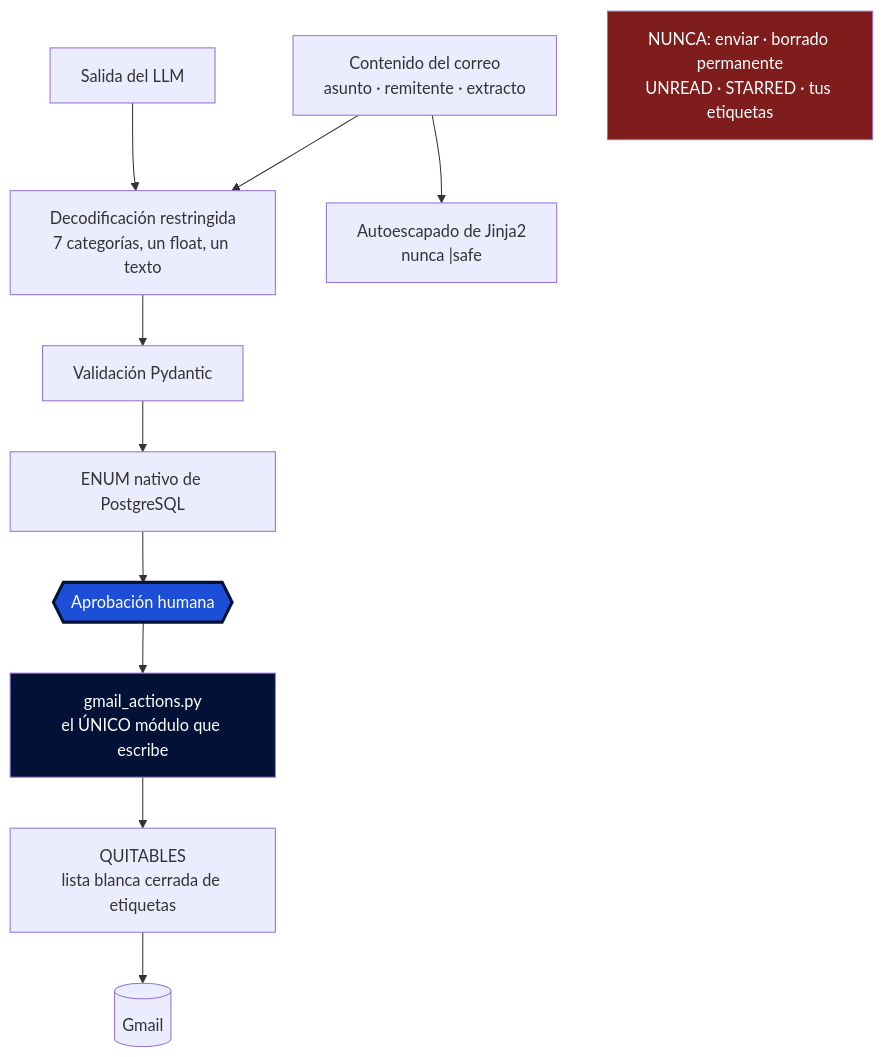
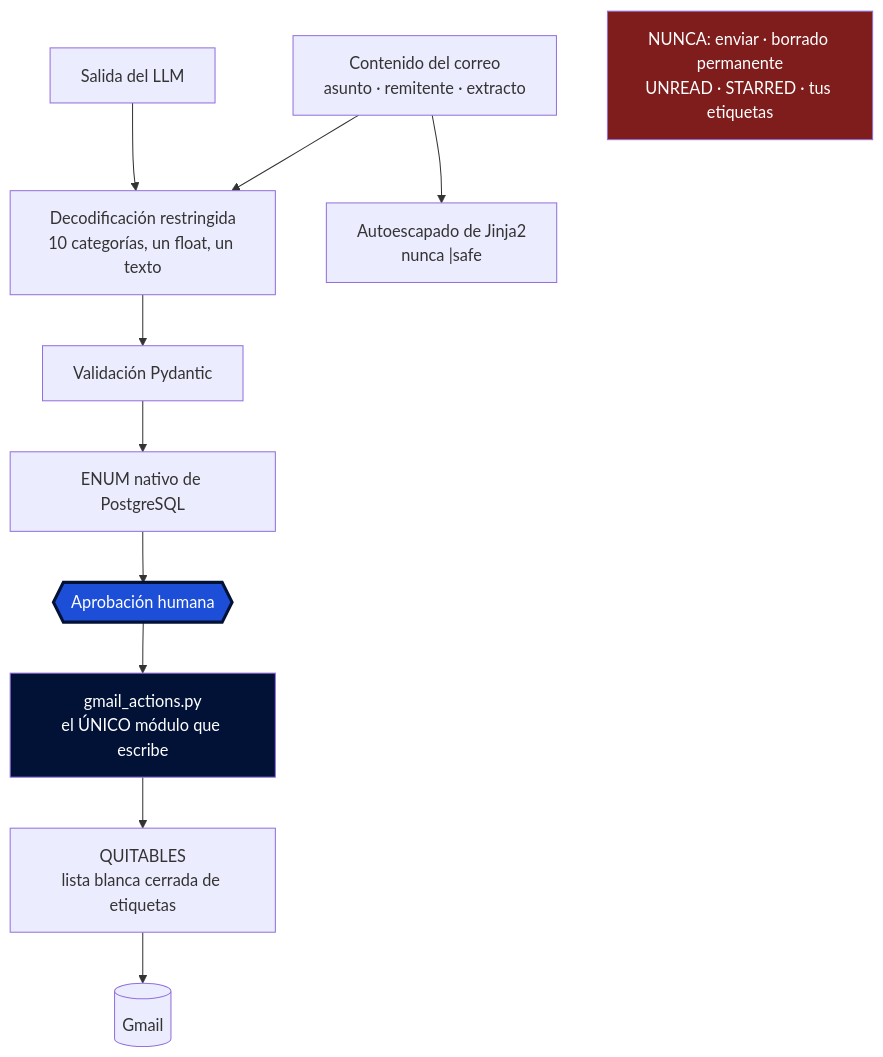
The second of 2 diagrams in README.es.md (abrilespinosa/mailpilot), drawn with Mermaid before and after one commit. The commit also changed other lines of this file and 2 other files, not shown here.

````diff
--- a/README.es.md
+++ b/README.es.md
@@ -104,19 +93,19 @@
 ```mermaid
 flowchart TB
     MAIL["Contenido del correo<br/>asunto · remitente · extracto"] --> SCHEMA
-    LLM["Salida del LLM"] --> SCHEMA["Decodificación restringida<br/>7 categorías, un float, un texto"]
+    LLM["Salida del LLM"] --> SCHEMA["Decodificación restringida<br/>10 categorías, un float, un texto"]
     SCHEMA --> PYD["Validación Pydantic"]
     PYD --> ENUM["ENUM nativo de PostgreSQL"]
     MAIL --> ESC["Autoescapado de Jinja2<br/>nunca |safe"]
 
     ENUM --> HUMAN{{"Aprobación humana"}}
     HUMAN --> ONE["gmail_actions.py<br/>el ÚNICO módulo que escribe"]
     ONE --> WL["QUITABLES<br/>lista blanca cerrada de etiquetas"]
     WL --> GMAIL[("Gmail")]
 
     NEVER["NUNCA: enviar · borrado permanente<br/>UNREAD · STARRED · tus etiquetas"]
 
     style HUMAN fill:#1D4ED8,color:#fff,stroke:#021237,stroke-width:3px
     style NEVER fill:#7f1d1d,color:#fff
     style ONE fill:#021237,color:#fff
 ```
````
